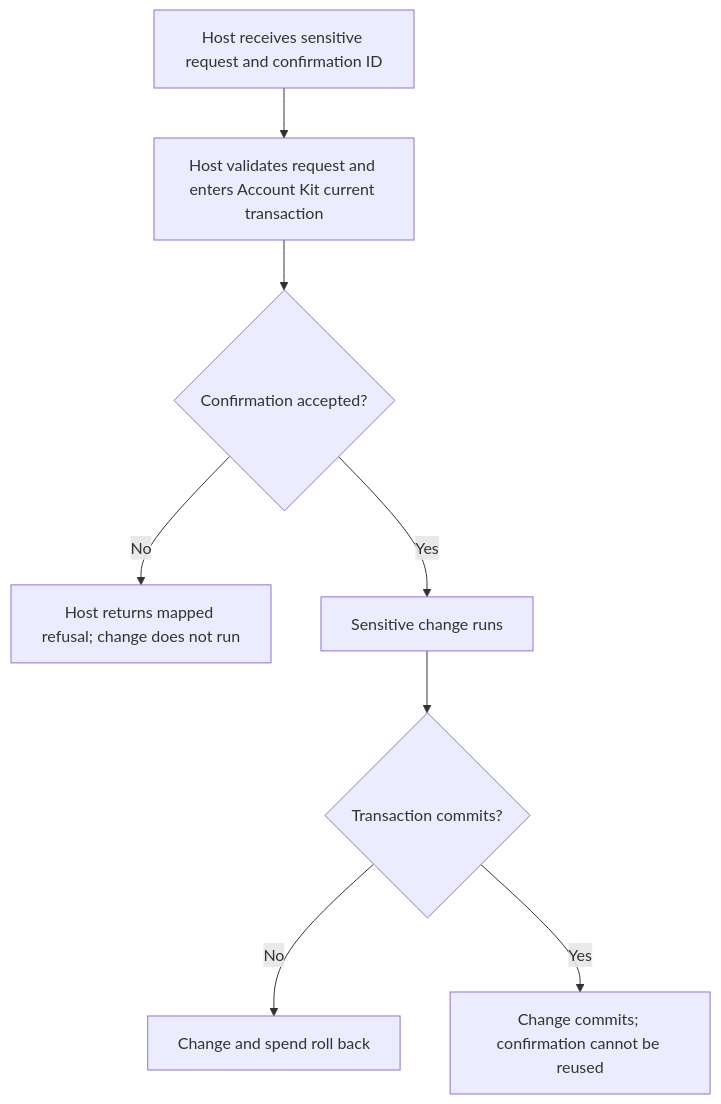
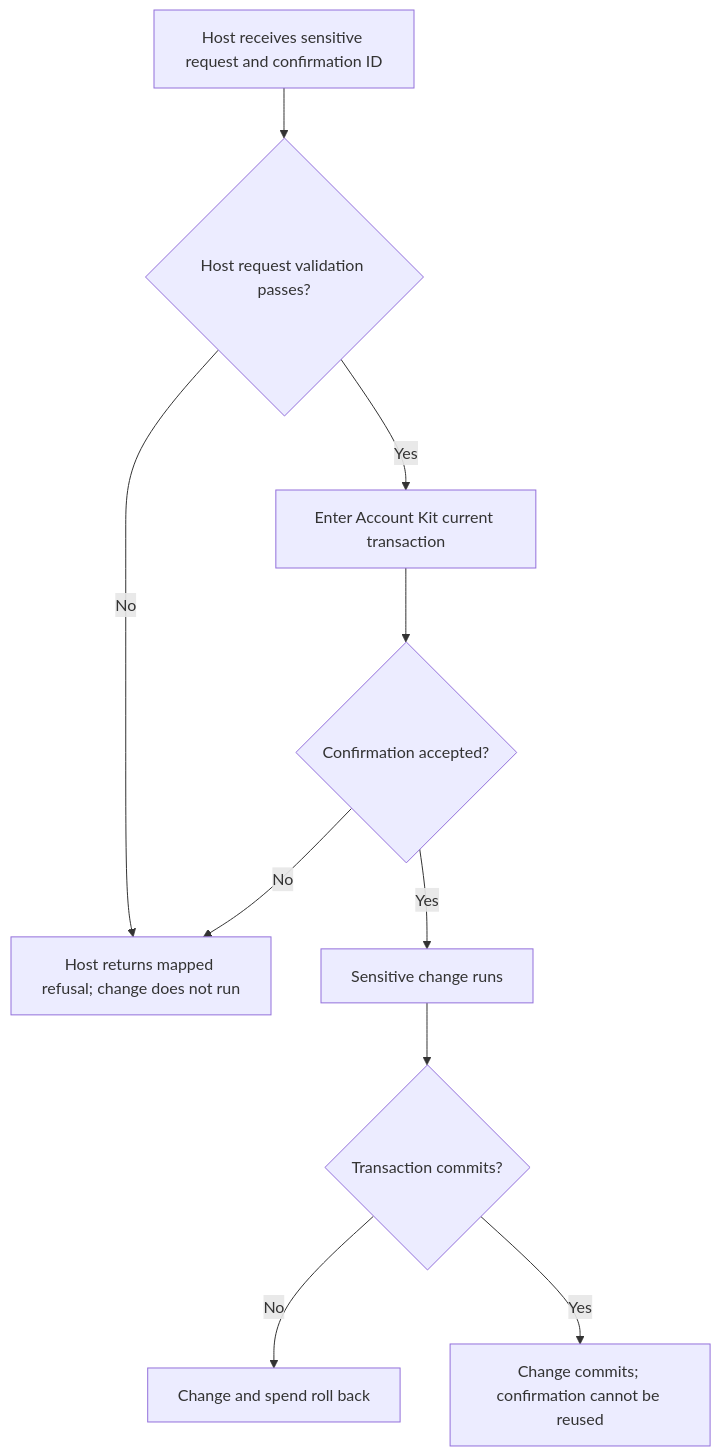
The first of 2 diagrams in user-stories/US-CONFIRM-02-spend-confirmation.md (Kevinjohn/oss-adonisjs-confirm-action-with-password), drawn with Mermaid before and after one commit. The commit also changed other lines of this file and 11 other files, not shown here.

````diff
--- a/user-stories/US-CONFIRM-02-spend-confirmation.md
+++ b/user-stories/US-CONFIRM-02-spend-confirmation.md
@@ -20,10 +22,12 @@
 ```mermaid
 flowchart TD
-    A["Host receives sensitive request and confirmation ID"] --> B["Host validates request and enters Account Kit current transaction"]
-    B --> C{"Confirmation accepted?"}
+    A["Host receives sensitive request and confirmation ID"] --> B{"Host request validation passes?"}
+    B -->|No| D
+    B -->|Yes| B2["Enter Account Kit current transaction"]
+    B2 --> C{"Confirmation accepted?"}
     C -->|No| D["Host returns mapped refusal; change does not run"]
     C -->|Yes| E["Sensitive change runs"]
     E --> F{"Transaction commits?"}
     F -->|No| G["Change and spend roll back"]
     F -->|Yes| H["Change commits; confirmation cannot be reused"]
 ```
````
